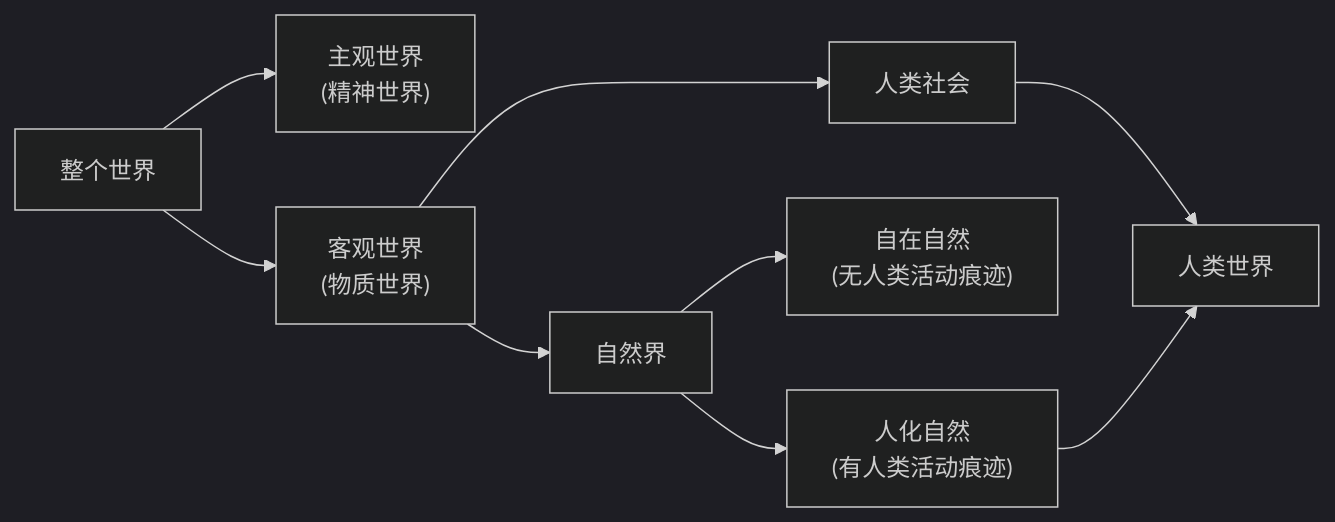
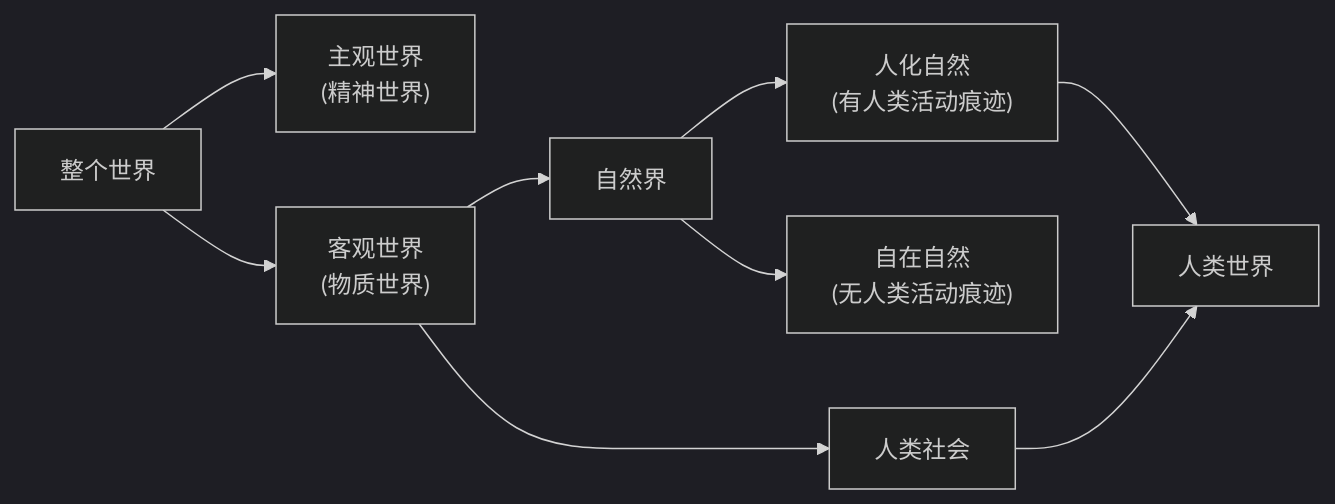
One commit to DuHaoyang626/national-postgraduate-entrance-exam-notes changed the diagram in 04政治/2027 考研政治马原讲义.md. Above: the diagram before and after it, drawn with Mermaid (dark theme).

Commit message:
Update from Sync Service

````diff
--- a/04政治/2027 考研政治马原讲义.md
+++ b/04政治/2027 考研政治马原讲义.md
@@ -300,19 +300,16 @@
 ```mermaid
 graph LR
 
     A --> C["主观世界
 (精神世界)"]
     A["整个世界"] --> B["客观世界
 (物质世界)"]
     B --> D["自然界"]
     B --> E["人类社会"]
     D --> F["自在自然
 (无人类活动痕迹)"]
     D --> G["人化自然
 (有人类活动痕迹)"]
+    G --> H["人类世界"]
     E --> H
-    G --> H["人类世界"]
-
-    
-
 ```
````
